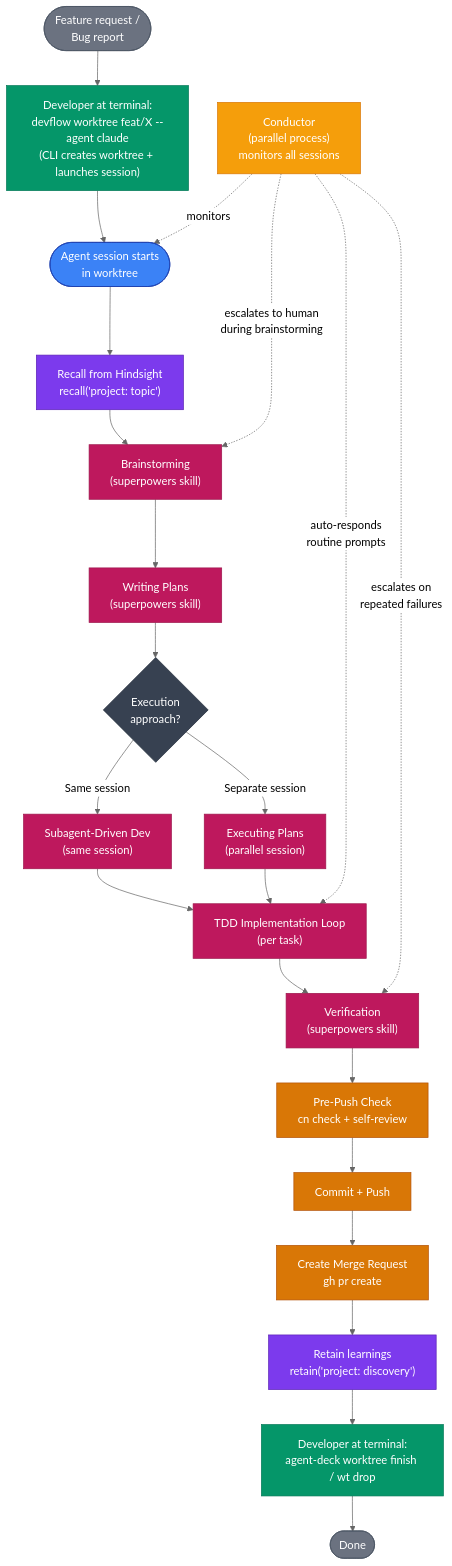
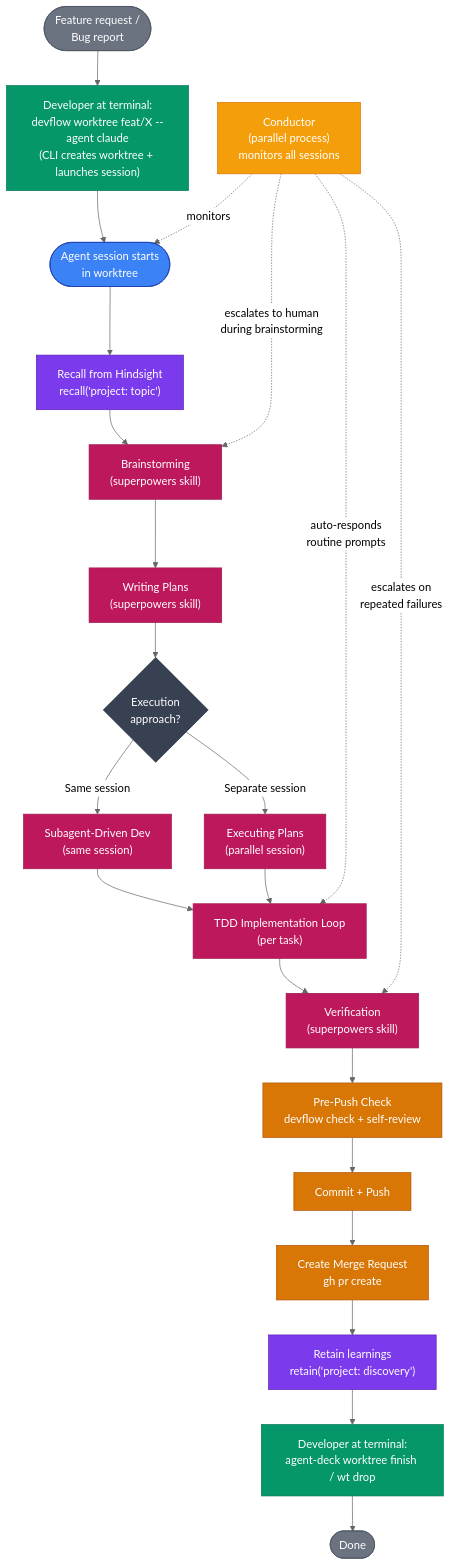
Before and after one commit to AndreJorgeLopes/devflow: the first of 5 diagrams in visualizations/workflows/development-workflow.md, drawn with Mermaid (neutral theme). The commit also changed other lines of this file, not shown here.

Commit message:
refactor(visualizations): update development-workflow — cn check to devflow check, continueStyle to reviewStyle

````diff
--- a/visualizations/workflows/development-workflow.md
+++ b/visualizations/workflows/development-workflow.md
@@ -26,65 +26,65 @@
 ```mermaid
 %%{init: {'flowchart': {'rankSpacing': 50, 'nodeSpacing': 30, 'diagramPadding': 15}}}%%
 graph TD
     START(["Feature request /<br/>Bug report"])
     WORKTREE["Developer at terminal:<br/>devflow worktree feat/X --agent claude<br/>(CLI creates worktree + launches session)"]
     SESSION(["Agent session starts<br/>in worktree"])
     RECALL["Recall from Hindsight<br/>recall('project: topic')"]
     BRAIN["Brainstorming<br/>(superpowers skill)"]
     PLAN["Writing Plans<br/>(superpowers skill)"]
     CHOOSE{"Execution<br/>approach?"}
     SDD["Subagent-Driven Dev<br/>(same session)"]
     EXEC["Executing Plans<br/>(parallel session)"]
     LOOP["TDD Implementation Loop<br/>(per task)"]
     VERIFY["Verification<br/>(superpowers skill)"]
-    CHECK["Pre-Push Check<br/>cn check + self-review"]
+    CHECK["Pre-Push Check<br/>devflow check + self-review"]
     COMMIT["Commit + Push"]
     MR["Create Merge Request<br/>gh pr create"]
     RETAIN["Retain learnings<br/>retain('project: discovery')"]
     CLEANUP["Developer at terminal:<br/>agent-deck worktree finish / wt drop"]
     DONE(["Done"])
 
     COND["Conductor<br/>(parallel process)<br/>monitors all sessions"]
 
     START --> WORKTREE
     WORKTREE --> SESSION
     SESSION --> RECALL
     RECALL --> BRAIN
     BRAIN --> PLAN
     PLAN --> CHOOSE
     CHOOSE -->|"Same session"| SDD
     CHOOSE -->|"Separate session"| EXEC
     SDD --> LOOP
     EXEC --> LOOP
     LOOP --> VERIFY
     VERIFY --> CHECK
     CHECK --> COMMIT
     COMMIT --> MR
     MR --> RETAIN
     RETAIN --> CLEANUP
     CLEANUP --> DONE
 
     COND -.->|"monitors"| SESSION
     COND -.->|"auto-responds<br/>routine prompts"| LOOP
     COND -.->|"escalates to human<br/>during brainstorming"| BRAIN
     COND -.->|"escalates on<br/>repeated failures"| VERIFY
 
     classDef hindsightStyle fill:#7c3aed,color:#fff,stroke:#5b21b6
     classDef worktrunkStyle fill:#059669,color:#fff,stroke:#047857
     classDef skillsStyle fill:#be185d,color:#fff,stroke:#9d174d
-    classDef continueStyle fill:#d97706,color:#fff,stroke:#b45309
+    classDef reviewStyle fill:#d97706,color:#fff,stroke:#b45309
     classDef decisionStyle fill:#374151,color:#fff,stroke:#1f2937
     classDef terminalStyle fill:#6b7280,color:#fff,stroke:#4b5563
     classDef conductorStyle fill:#f59e0b,color:#fff,stroke:#d97706
     classDef agentDeckStyle fill:#3b82f6,color:#fff,stroke:#1e40af
 
     class RECALL,RETAIN hindsightStyle
     class WORKTREE,CLEANUP worktrunkStyle
     class BRAIN,PLAN,SDD,EXEC,LOOP,VERIFY skillsStyle
-    class CHECK continueStyle
-    class MR,COMMIT continueStyle
+    class CHECK reviewStyle
+    class MR,COMMIT reviewStyle
     class CHOOSE decisionStyle
     class START,DONE terminalStyle
     class SESSION agentDeckStyle
     class COND conductorStyle
 ```
````
